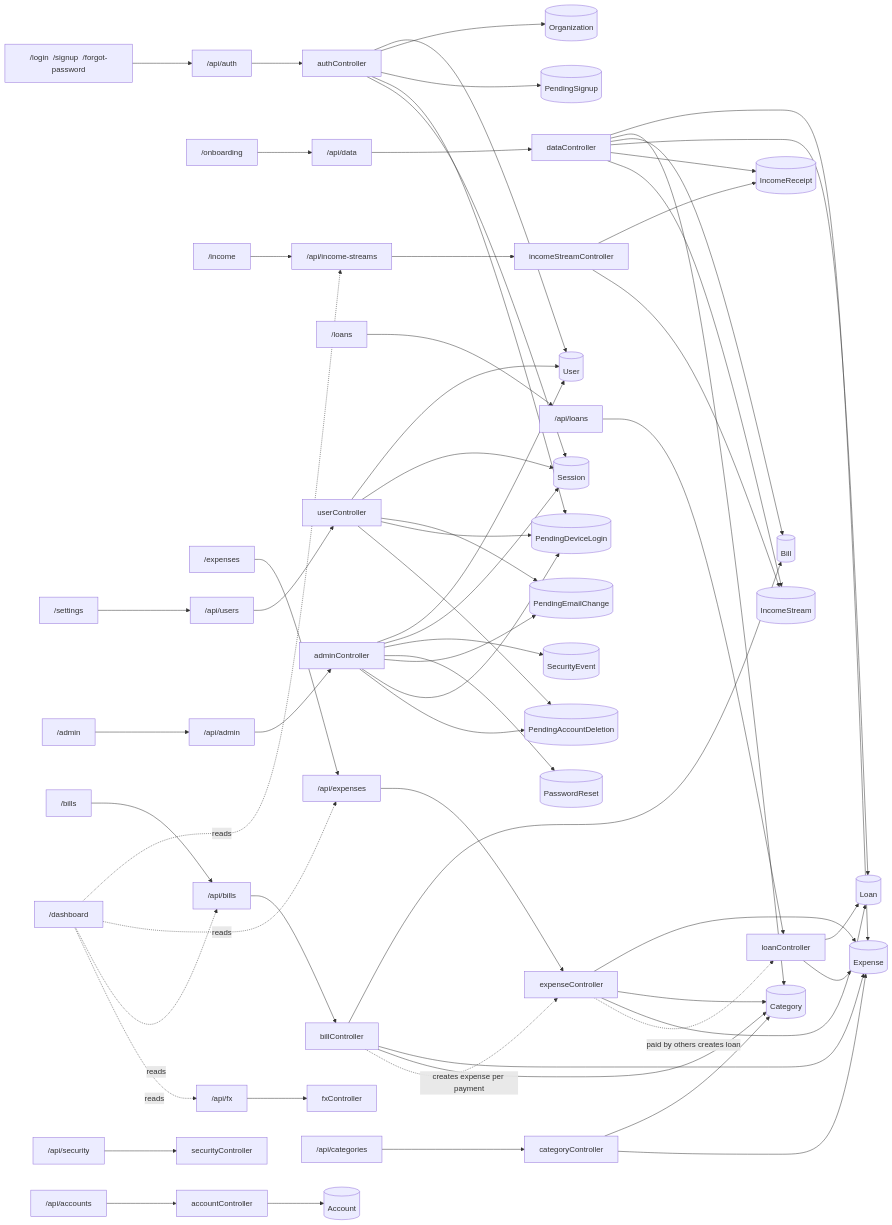
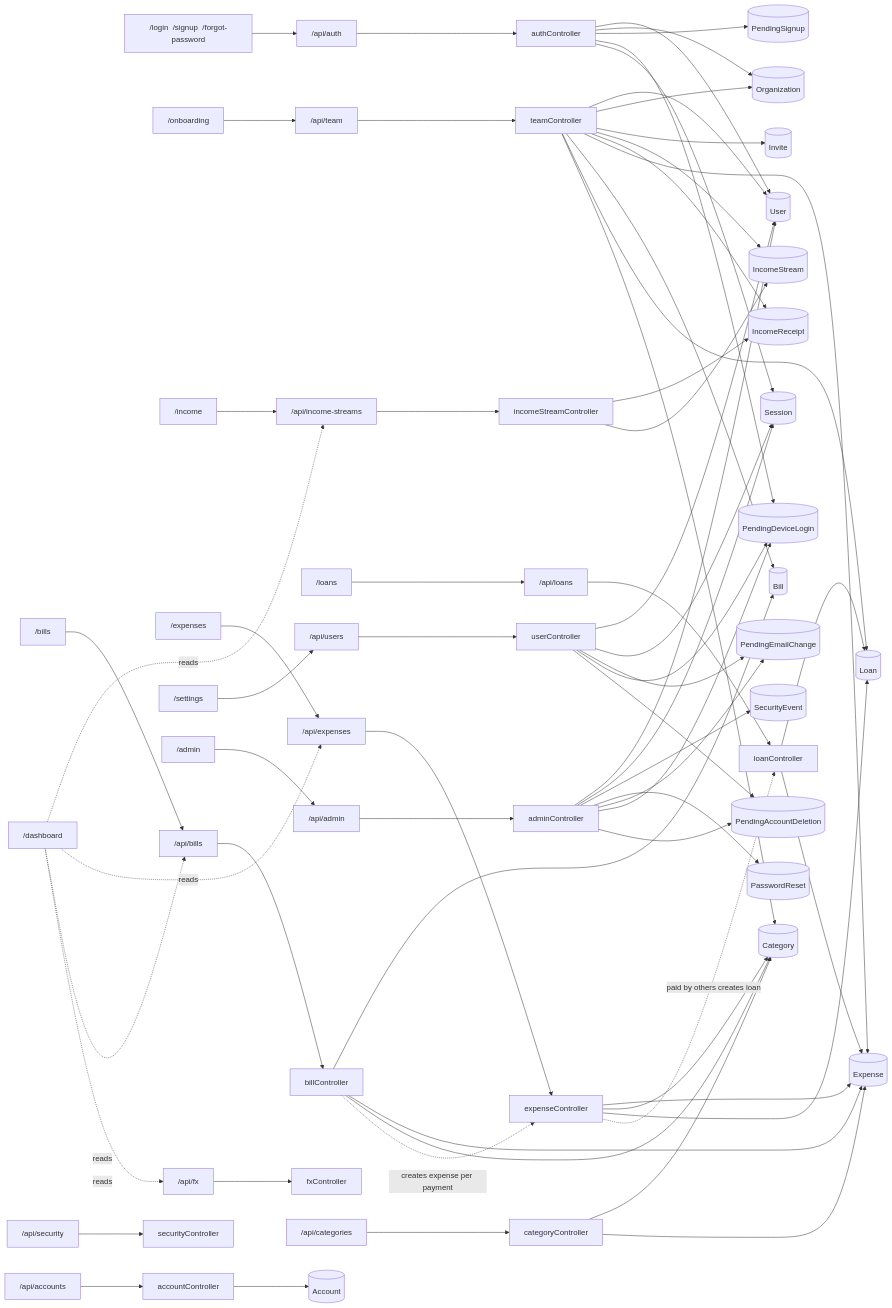
Before and after one commit to MuhammadAliMinhas66X/VaultriX: the second of 2 diagrams in docs/APP-MAP.md, drawn with Mermaid. The commit also changed other lines of this file and 1 other file, not shown here.

````diff
--- a/docs/APP-MAP.md
+++ b/docs/APP-MAP.md
@@ -21,70 +21,73 @@
 ```mermaid
 flowchart LR
   P_auth["/login  /signup  /forgot-password"] --> A_auth["/api/auth"]
   A_auth --> K_auth["authController"]
   K_auth --> M_User[("User")]
   K_auth --> M_Organization[("Organization")]
   K_auth --> M_PendingSignup[("PendingSignup")]
   K_auth --> M_PendingDeviceLogin[("PendingDeviceLogin")]
   K_auth --> M_Session[("Session")]
-  P_shared["/onboarding"] --> A_shared["/api/data"]
-  A_shared --> K_shared["dataController"]
+  P_shared["/onboarding"] --> A_shared["/api/team"]
+  A_shared --> K_shared["teamController"]
+  K_shared --> M_User[("User")]
+  K_shared --> M_Organization[("Organization")]
+  K_shared --> M_Invite[("Invite")]
+  K_shared --> M_IncomeStream[("IncomeStream")]
+  K_shared --> M_IncomeReceipt[("IncomeReceipt")]
   K_shared --> M_Expense[("Expense")]
-  K_shared --> M_Category[("Category")]
   K_shared --> M_Bill[("Bill")]
   K_shared --> M_Loan[("Loan")]
-  K_shared --> M_IncomeReceipt[("IncomeReceipt")]
-  K_shared --> M_IncomeStream[("IncomeStream")]
+  K_shared --> M_Category[("Category")]
   P_dashboard["/dashboard"]
   P_income["/income"] --> A_income["/api/income-streams"]
   A_income --> K_income["incomeStreamController"]
   K_income --> M_IncomeReceipt[("IncomeReceipt")]
   K_income --> M_IncomeStream[("IncomeStream")]
   P_loans["/loans"] --> A_loans["/api/loans"]
   A_loans --> K_loans["loanController"]
   K_loans --> M_Loan[("Loan")]
   K_loans --> M_Expense[("Expense")]
   P_expenses["/expenses"] --> A_expenses["/api/expenses"]
   A_expenses --> K_expenses["expenseController"]
   K_expenses --> M_Expense[("Expense")]
   K_expenses --> M_Category[("Category")]
   K_expenses --> M_Loan[("Loan")]
   P_bills["/bills"] --> A_bills["/api/bills"]
   A_bills --> K_bills["billController"]
   K_bills --> M_Bill[("Bill")]
   K_bills --> M_Expense[("Expense")]
   K_bills --> M_Category[("Category")]
   P_settings["/settings"] --> A_settings["/api/users"]
   A_settings --> K_settings["userController"]
   K_settings --> M_User[("User")]
   K_settings --> M_Session[("Session")]
   K_settings --> M_PendingEmailChange[("PendingEmailChange")]
   K_settings --> M_PendingDeviceLogin[("PendingDeviceLogin")]
   K_settings --> M_PendingAccountDeletion[("PendingAccountDeletion")]
   P_admin["/admin"] --> A_admin["/api/admin"]
   A_admin --> K_admin["adminController"]
   K_admin --> M_User[("User")]
   K_admin --> M_Session[("Session")]
   K_admin --> M_SecurityEvent[("SecurityEvent")]
   K_admin --> M_PasswordReset[("PasswordReset")]
   K_admin --> M_PendingEmailChange[("PendingEmailChange")]
   K_admin --> M_PendingDeviceLogin[("PendingDeviceLogin")]
   K_admin --> M_PendingAccountDeletion[("PendingAccountDeletion")]
   A_security["/api/security"]
   A_security --> K_security["securityController"]
   A_accounts["/api/accounts"]
   A_accounts --> K_accounts["accountController"]
   K_accounts --> M_Account[("Account")]
   A_categories["/api/categories"]
   A_categories --> K_categories["categoryController"]
   K_categories --> M_Category[("Category")]
   K_categories --> M_Expense[("Expense")]
   A_rates["/api/fx"]
   A_rates --> K_rates["fxController"]
   P_dashboard -. reads .-> A_income
   P_dashboard -. reads .-> A_expenses
   P_dashboard -. reads .-> A_bills
   P_dashboard -. reads .-> A_rates
   K_bills -. creates expense per payment .-> K_expenses
   K_expenses -. paid by others creates loan .-> K_loans
 ```
````
